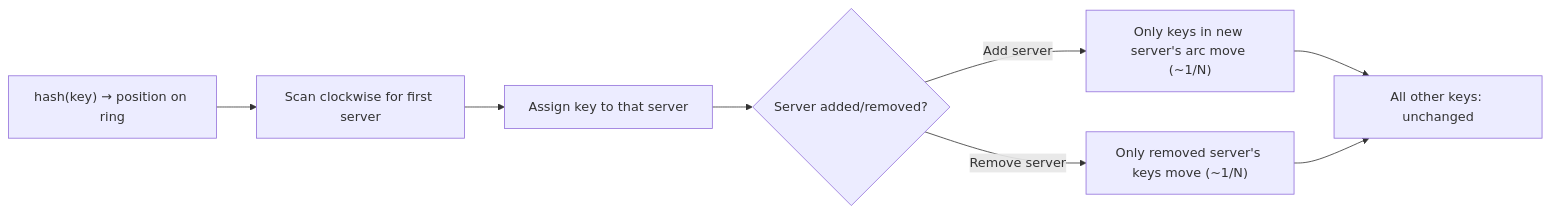
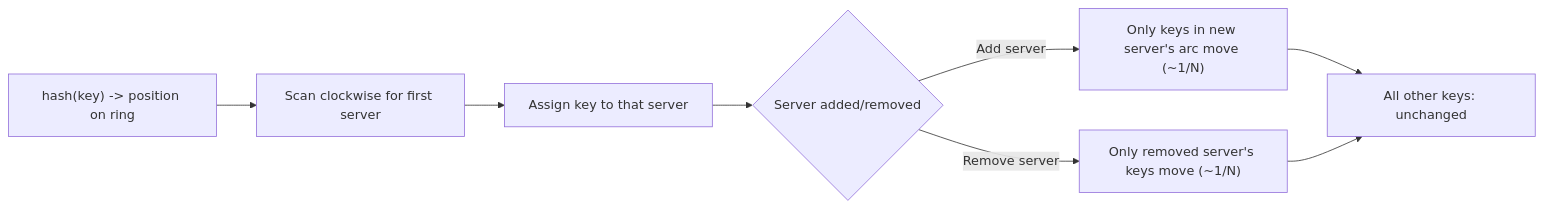
One commit to ranjeetnegi/System-Design-for-Staff-SWE changed the fourth of 22 diagrams in Section0/Chapter_6_Core_Building_Blocks.md. Above: the diagram before and after it, drawn with Mermaid. The commit also changed other lines of this file and 11 other files, not shown here.

````diff
--- a/Section0/Chapter_6_Core_Building_Blocks.md
+++ b/Section0/Chapter_6_Core_Building_Blocks.md
@@ -221,10 +221,10 @@
 ```mermaid
 flowchart LR
-    A["hash(key) → position on ring"] --> B["Scan clockwise for first server"]
+    A["hash(key) -> position on ring"] --> B["Scan clockwise for first server"]
     B --> C["Assign key to that server"]
-    C --> D{Server added/removed?}
+    C --> D{Server added/removed }
     D -- "Add server" --> E["Only keys in new server's arc move (~1/N)"]
     D -- "Remove server" --> F["Only removed server's keys move (~1/N)"]
     E --> G["All other keys: unchanged"]
     F --> G
 ```
````
